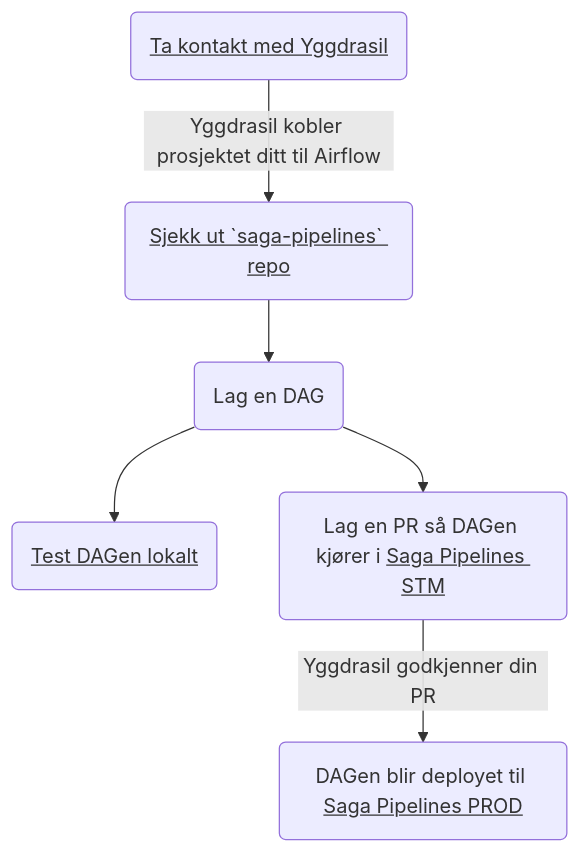
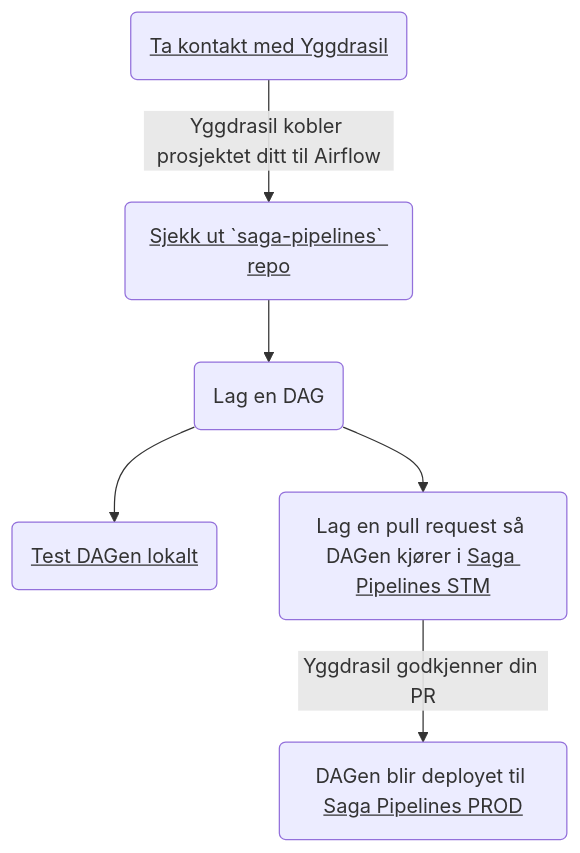
One commit to rasmusbauck/docs-public changed the diagram in docs/07-hvordan-bygge-pipelines-i-saga/README.md. Above: the diagram before and after it, drawn with Mermaid. The commit also changed other lines of this file and 1 other file, not shown here.

````diff
--- a/docs/07-hvordan-bygge-pipelines-i-saga/README.md
+++ b/docs/07-hvordan-bygge-pipelines-i-saga/README.md
@@ -26,15 +22,15 @@
 ```mermaid
 graph TD
   A(<u>Ta kontakt med Yggdrasil</u>) --> |Yggdrasil kobler prosjektet ditt til Airflow|B
   click A href "https://vegvesen.slack.com/archives/C03LGD7TM5Z" "Åpne #saga-support i Slack" _blank
 	B(<u>Sjekk ut `saga-pipelines` repo</u>) --> C
   click B href "https://github.com/svvsaga/saga-pipelines" _blank
   C(Lag en DAG) --> D
 	C --> E
   D(<u>Test DAGen lokalt</u>)
   click D "https://github.com/svvsaga/saga-pipelines#kj%C3%B8re-airflow-lokalt" _blank
-  E(Lag en PR så DAGen kjører i <u>Saga Pipelines STM</u>) --> |Yggdrasil godkjenner din PR|F
+  E(Lag en pull request så DAGen kjører i <u>Saga Pipelines STM</u>) --> |Yggdrasil godkjenner din PR|F
   click E href "https://console.cloud.google.com/composer/environments/detail/europe-west1/saga-pipelines-stm-composer/dags?project=saga-pipelines-stm" _blank
   F(DAGen blir deployet til <u>Saga Pipelines PROD</u>)
   click F href "https://console.cloud.google.com/composer/environments/detail/europe-west1/saga-pipelines-prod-composer/dags?project=saga-pipelines-prod" _blank
 ```
````
